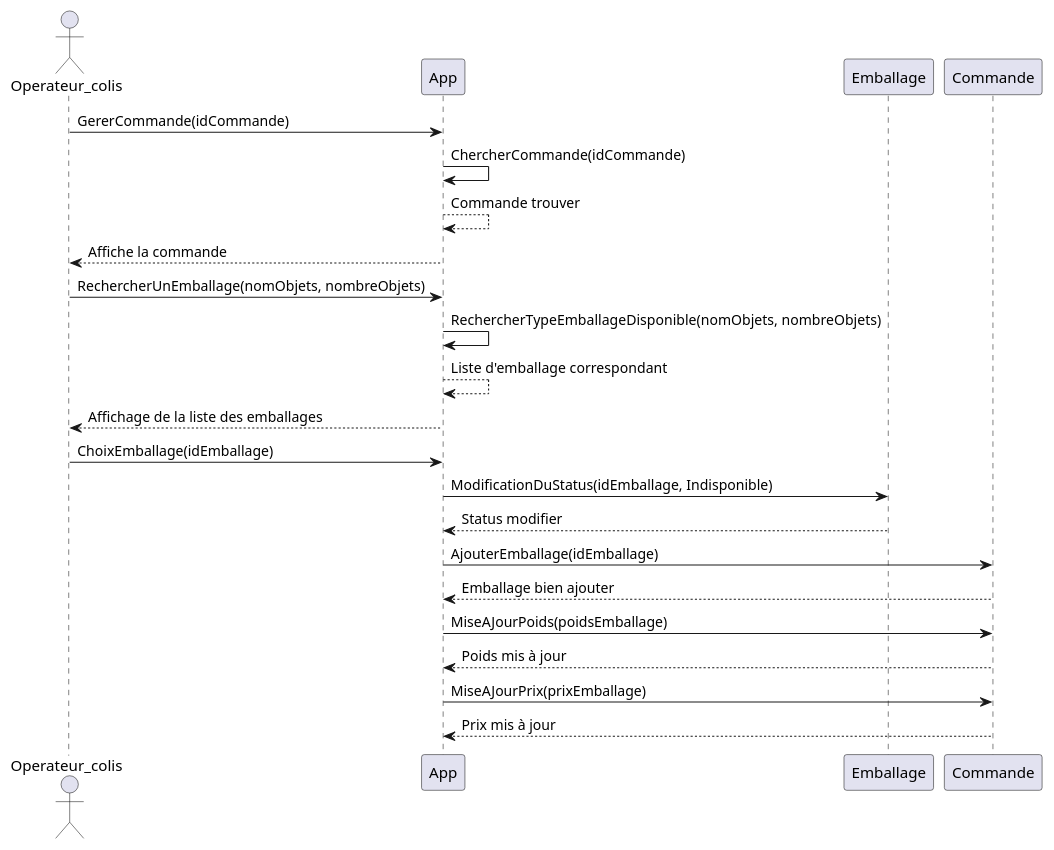
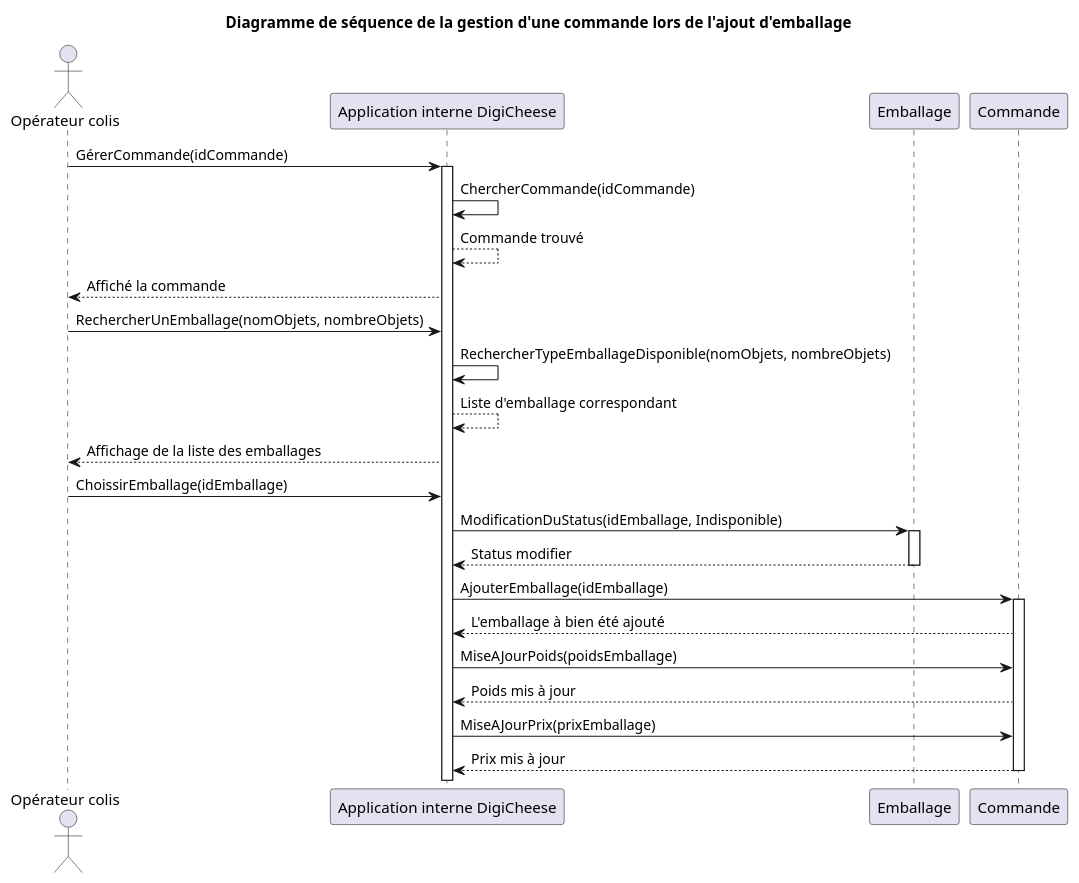
Before and after one commit to Bluwen/Conception_d_une_application_informatique: the diagram in Cas_séquence/DS_Ajouter_Emballage_Commande.puml, drawn with PlantUML. The commit also changed 11 other files, not shown here.

Commit message:
Mise au points du vocabulaire des diagrammes

```diff
--- a/Cas_séquence/DS_Ajouter_Emballage_Commande.puml
+++ b/Cas_séquence/DS_Ajouter_Emballage_Commande.puml
@@ -1,29 +1,35 @@
-@startuml Ajouter un emballage à une commande
+@startuml Diagramme de séquence de l'ajout d'un emballage à une commande
 
-actor Operateur_colis
+actor "Opérateur colis"
 
-Operateur_colis -> App : GererCommande(idCommande)
-App -> App : ChercherCommande(idCommande)
-App --> App : Commande trouver
-App --> Operateur_colis : Affiche la commande
+"Opérateur colis" -> "Application interne DigiCheese" : GérerCommande(idCommande)
+activate "Application interne DigiCheese"
+"Application interne DigiCheese" -> "Application interne DigiCheese" : ChercherCommande(idCommande)
+"Application interne DigiCheese" --> "Application interne DigiCheese" : Commande trouvé
+"Application interne DigiCheese" --> "Opérateur colis" : Affiché la commande
 
-Operateur_colis -> App : RechercherUnEmballage(nomObjets, nombreObjets)
-App -> App : RechercherTypeEmballageDisponible(nomObjets, nombreObjets)
-App --> App : Liste d'emballage correspondant
+"Opérateur colis" -> "Application interne DigiCheese" : RechercherUnEmballage(nomObjets, nombreObjets)
+"Application interne DigiCheese" -> "Application interne DigiCheese" : RechercherTypeEmballageDisponible(nomObjets, nombreObjets)
+"Application interne DigiCheese" --> "Application interne DigiCheese" : Liste d'emballage correspondant
 
-App --> Operateur_colis : Affichage de la liste des emballages
+"Application interne DigiCheese" --> "Opérateur colis" : Affichage de la liste des emballages
 
-Operateur_colis -> App : ChoixEmballage(idEmballage)
-App -> Emballage : ModificationDuStatus(idEmballage, Indisponible)
-Emballage --> App : Status modifier
+"Opérateur colis" -> "Application interne DigiCheese" : ChoissirEmballage(idEmballage)
+"Application interne DigiCheese" -> Emballage : ModificationDuStatus(idEmballage, Indisponible)
+activate Emballage
+Emballage --> "Application interne DigiCheese" : Status modifier
+deactivate Emballage
 
-App -> Commande : AjouterEmballage(idEmballage)
-Commande --> App : Emballage bien ajouter
+"Application interne DigiCheese" -> Commande : AjouterEmballage(idEmballage)
+activate Commande
+Commande --> "Application interne DigiCheese" : L'emballage à bien été ajouté
 
-App -> Commande : MiseAJourPoids(poidsEmballage)
-Commande --> App : Poids mis à jour
+"Application interne DigiCheese" -> Commande : MiseAJourPoids(poidsEmballage)
+Commande --> "Application interne DigiCheese" : Poids mis à jour
 
-App -> Commande : MiseAJourPrix(prixEmballage)
-Commande --> App : Prix mis à jour
+"Application interne DigiCheese" -> Commande : MiseAJourPrix(prixEmballage)
+Commande --> "Application interne DigiCheese" : Prix mis à jour
+deactivate Commande
 
+title Diagramme de séquence de la gestion d'une commande lors de l'ajout d'emballage
 @enduml
```
